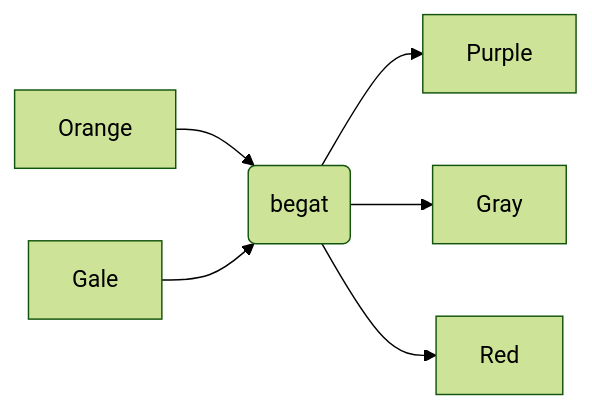
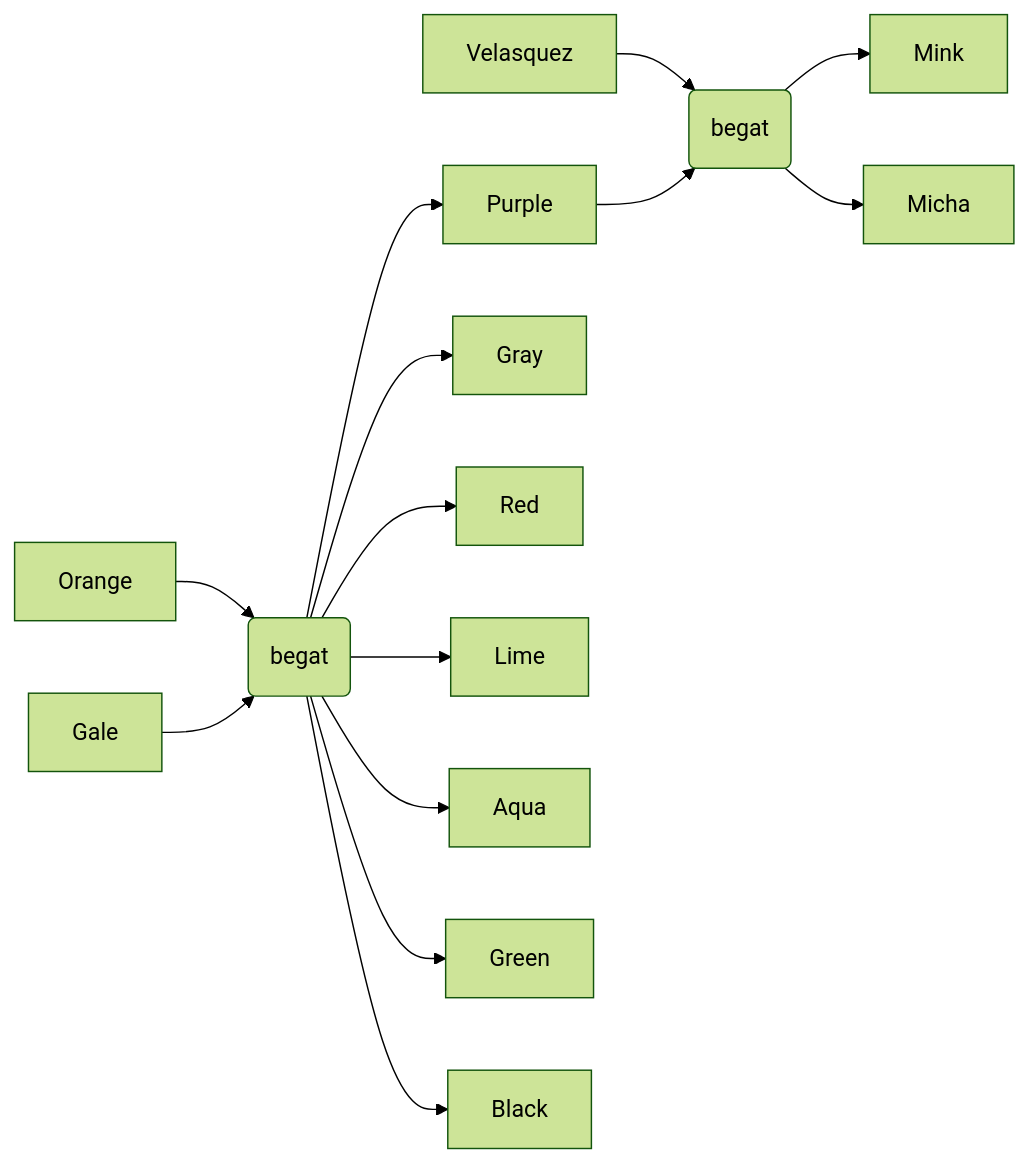
One commit to WuphonsReach/rimworld-notes changed the diagram in plays/BaidaTribe2025/Baida-FamilyTrees.md. Above: the diagram before and after it, drawn with Mermaid (forest theme). The commit also changed 1 other file, not shown here.

Commit message:
Baida 5524

````diff
--- a/plays/BaidaTribe2025/Baida-FamilyTrees.md
+++ b/plays/BaidaTribe2025/Baida-FamilyTrees.md
@@ -5,8 +5,16 @@
 ```mermaid
 flowchart LR
   Orange --> OrangeGale(begat)
   Gale --> OrangeGale(begat)
+  Velasquez --> PurpleVelasquez(begat)
   OrangeGale --> Purple
   OrangeGale --> Gray
   OrangeGale --> Red
+  OrangeGale --> Lime
+  OrangeGale --> Aqua
+  OrangeGale --> Green
+  OrangeGale --> Black
+  Purple --> PurpleVelasquez(begat)
+  PurpleVelasquez --> Mink
+  PurpleVelasquez --> Micha
 ```
````
